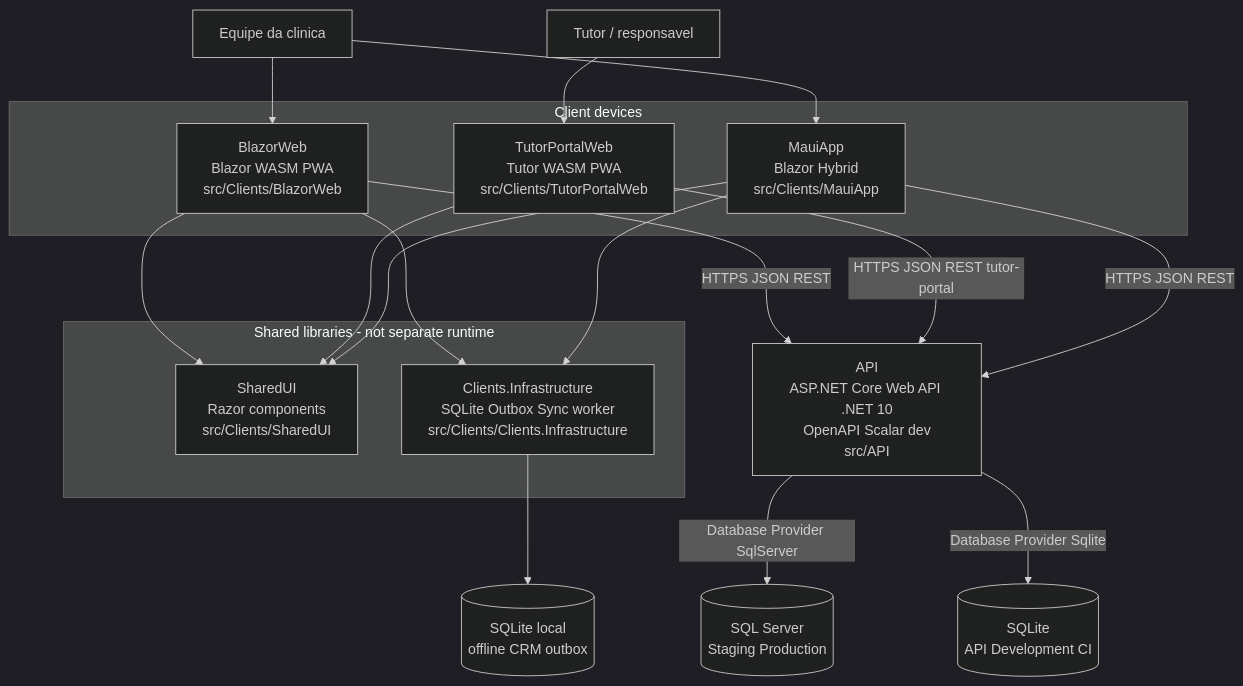
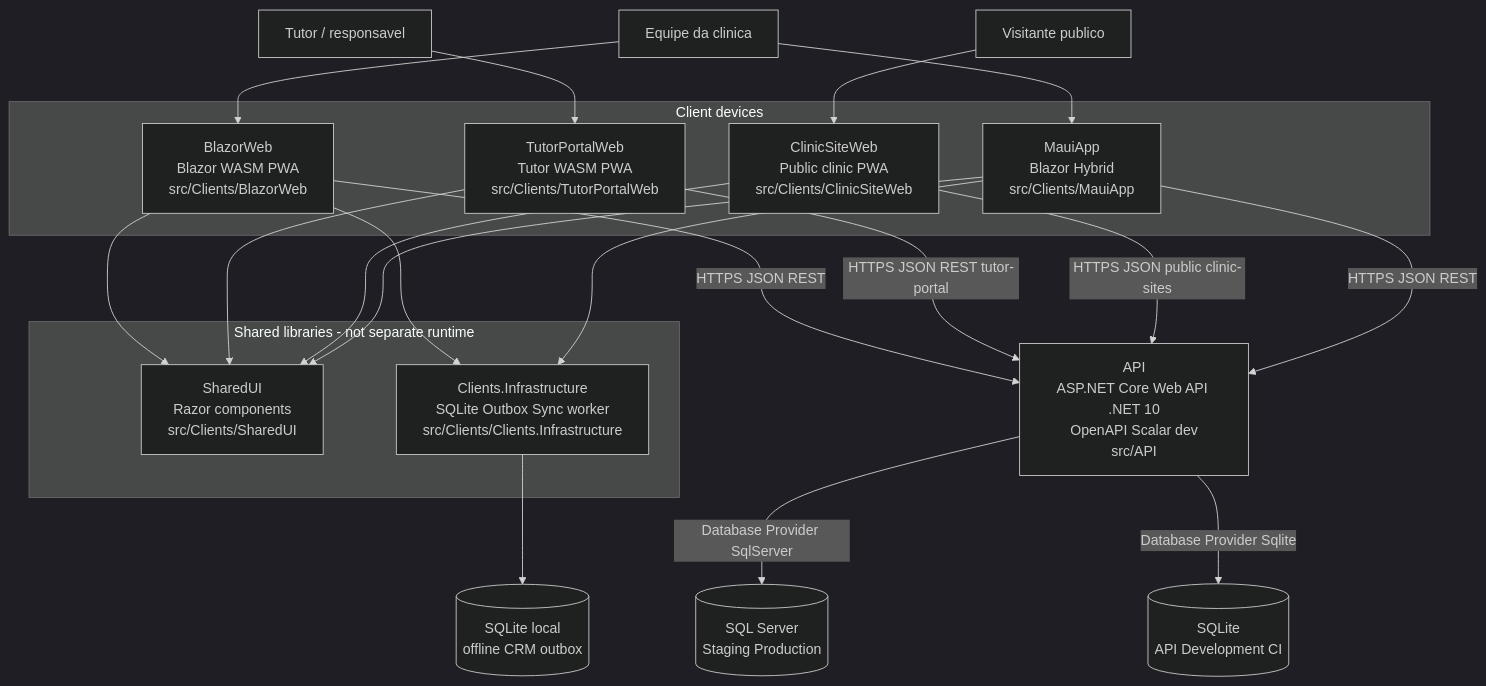
One commit to ronaldocestrela/sysvet changed the diagram in docs/diagramas/c4-containers.mmd. Above: the diagram before and after it, drawn with Mermaid (dark theme). The commit also changed 84 other files, not shown here.

```diff
--- a/docs/diagramas/c4-containers.mmd
+++ b/docs/diagramas/c4-containers.mmd
@@ -1,38 +1,42 @@
 %% C4 Level 2 — Containers (aligned with src/)
 flowchart TB
     subgraph clients [Client devices]
         BlazorWeb["BlazorWeb<br/>Blazor WASM PWA<br/>src/Clients/BlazorWeb"]
         TutorPortalWeb["TutorPortalWeb<br/>Tutor WASM PWA<br/>src/Clients/TutorPortalWeb"]
+        ClinicSiteWeb["ClinicSiteWeb<br/>Public clinic PWA<br/>src/Clients/ClinicSiteWeb"]
         MauiApp["MauiApp<br/>Blazor Hybrid<br/>src/Clients/MauiApp"]
     end
 
     subgraph libs [Shared libraries - not separate runtime]
         SharedUI["SharedUI<br/>Razor components<br/>src/Clients/SharedUI"]
         ClientInfra["Clients.Infrastructure<br/>SQLite Outbox Sync worker<br/>src/Clients/Clients.Infrastructure"]
     end
 
     Api["API<br/>ASP.NET Core Web API .NET 10<br/>OpenAPI Scalar dev<br/>src/API"]
 
     SqliteLocal[("SQLite local<br/>offline CRM outbox")]
     SqlServer[("SQL Server<br/>Staging Production")]
     SqliteDev[("SQLite<br/>API Development CI")]
 
     Staff["Equipe da clinica"]
 
     Tutor["Tutor / responsavel"]
     Staff --> BlazorWeb
     Staff --> MauiApp
     Tutor --> TutorPortalWeb
+    PublicVisitor["Visitante publico"] --> ClinicSiteWeb
     BlazorWeb --> SharedUI
     TutorPortalWeb --> SharedUI
+    ClinicSiteWeb --> SharedUI
     MauiApp --> SharedUI
     BlazorWeb --> ClientInfra
     MauiApp --> ClientInfra
 
     BlazorWeb -->|"HTTPS JSON REST"| Api
     TutorPortalWeb -->|"HTTPS JSON REST tutor-portal"| Api
+    ClinicSiteWeb -->|"HTTPS JSON public clinic-sites"| Api
     MauiApp -->|"HTTPS JSON REST"| Api
     ClientInfra --> SqliteLocal
 
     Api -->|"Database Provider SqlServer"| SqlServer
     Api -->|"Database Provider Sqlite"| SqliteDev
```
